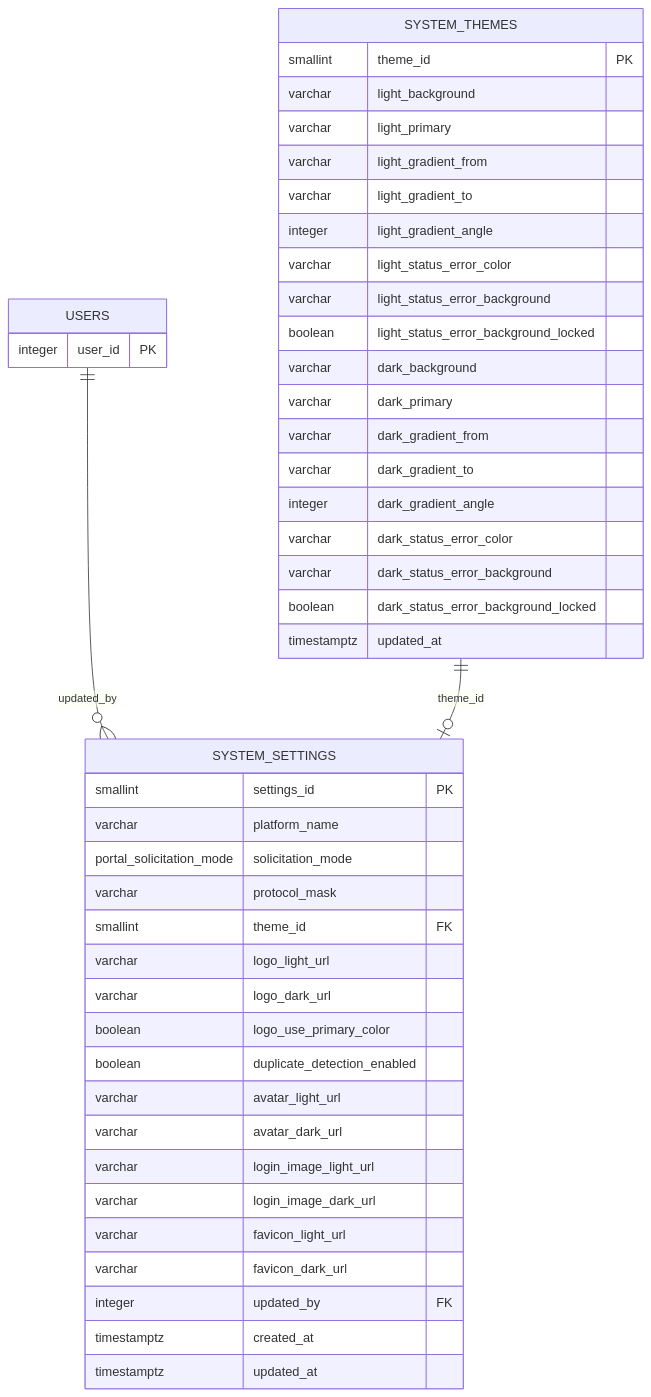
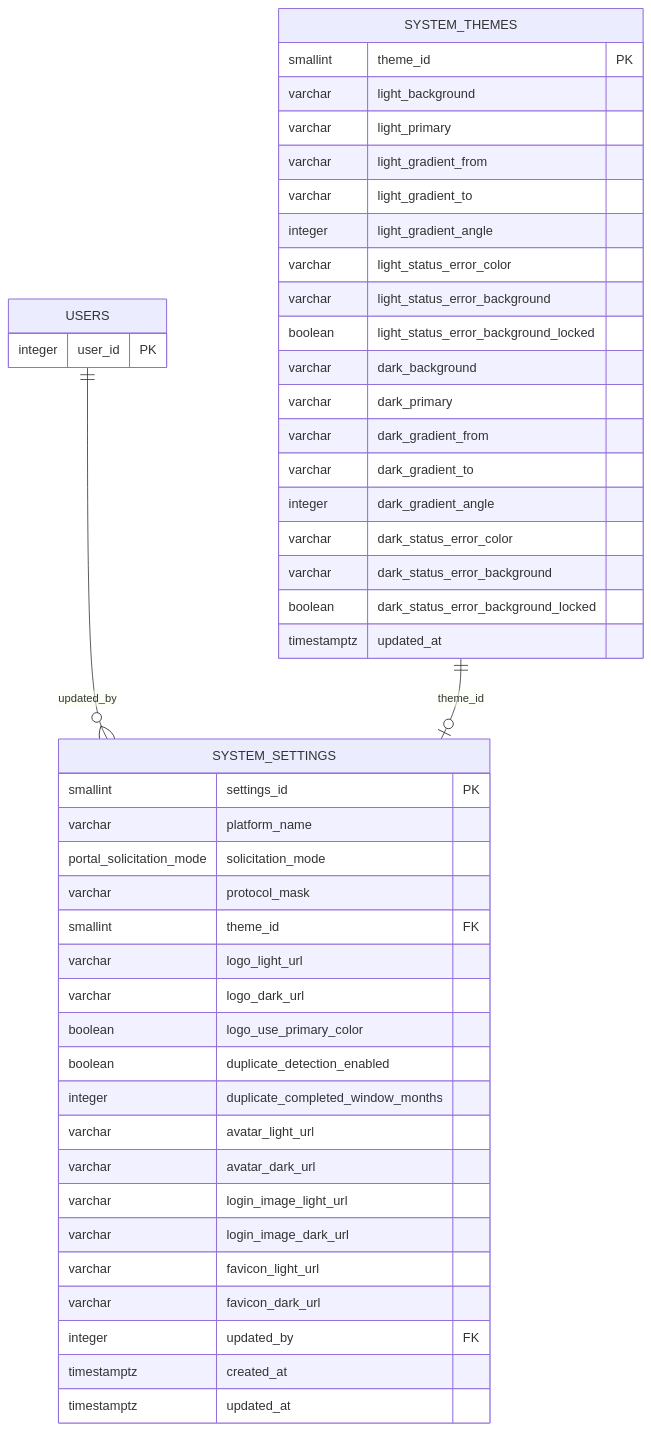
One commit to NEO-Kaizen/backend changed the diagram in docs/database/system-settings-persistence.md. Above: the diagram before and after it, drawn with Mermaid. The commit also changed other lines of this file and 9 other files, not shown here.

Commit message:
docs(duplicates): document completed window and redaction

````diff
--- a/docs/database/system-settings-persistence.md
+++ b/docs/database/system-settings-persistence.md
@@ -51,51 +51,52 @@
 ```mermaid
 erDiagram
     USERS ||--o{ SYSTEM_SETTINGS : "updated_by"
     SYSTEM_THEMES ||--o| SYSTEM_SETTINGS : "theme_id"
 
     SYSTEM_SETTINGS {
         smallint settings_id PK
         varchar platform_name
         portal_solicitation_mode solicitation_mode
         varchar protocol_mask
         smallint theme_id FK
         varchar logo_light_url
         varchar logo_dark_url
         boolean logo_use_primary_color
         boolean duplicate_detection_enabled
+        integer duplicate_completed_window_months
         varchar avatar_light_url
         varchar avatar_dark_url
         varchar login_image_light_url
         varchar login_image_dark_url
         varchar favicon_light_url
         varchar favicon_dark_url
         integer updated_by FK
         timestamptz created_at
         timestamptz updated_at
     }
 
     SYSTEM_THEMES {
         smallint theme_id PK
         varchar light_background
         varchar light_primary
         varchar light_gradient_from
         varchar light_gradient_to
         integer light_gradient_angle
         varchar light_status_error_color
         varchar light_status_error_background
         boolean light_status_error_background_locked
         varchar dark_background
         varchar dark_primary
         varchar dark_gradient_from
         varchar dark_gradient_to
         integer dark_gradient_angle
         varchar dark_status_error_color
         varchar dark_status_error_background
         boolean dark_status_error_background_locked
         timestamptz updated_at
     }
 
     USERS {
         integer user_id PK
     }
 ```
````
